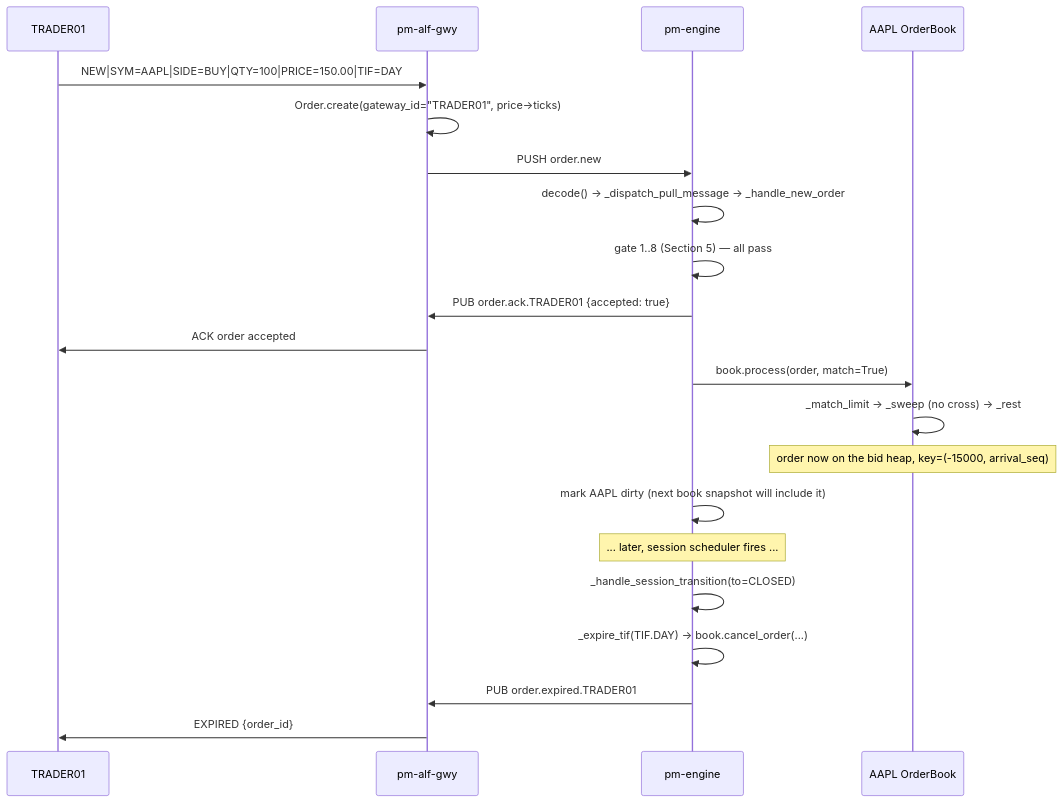
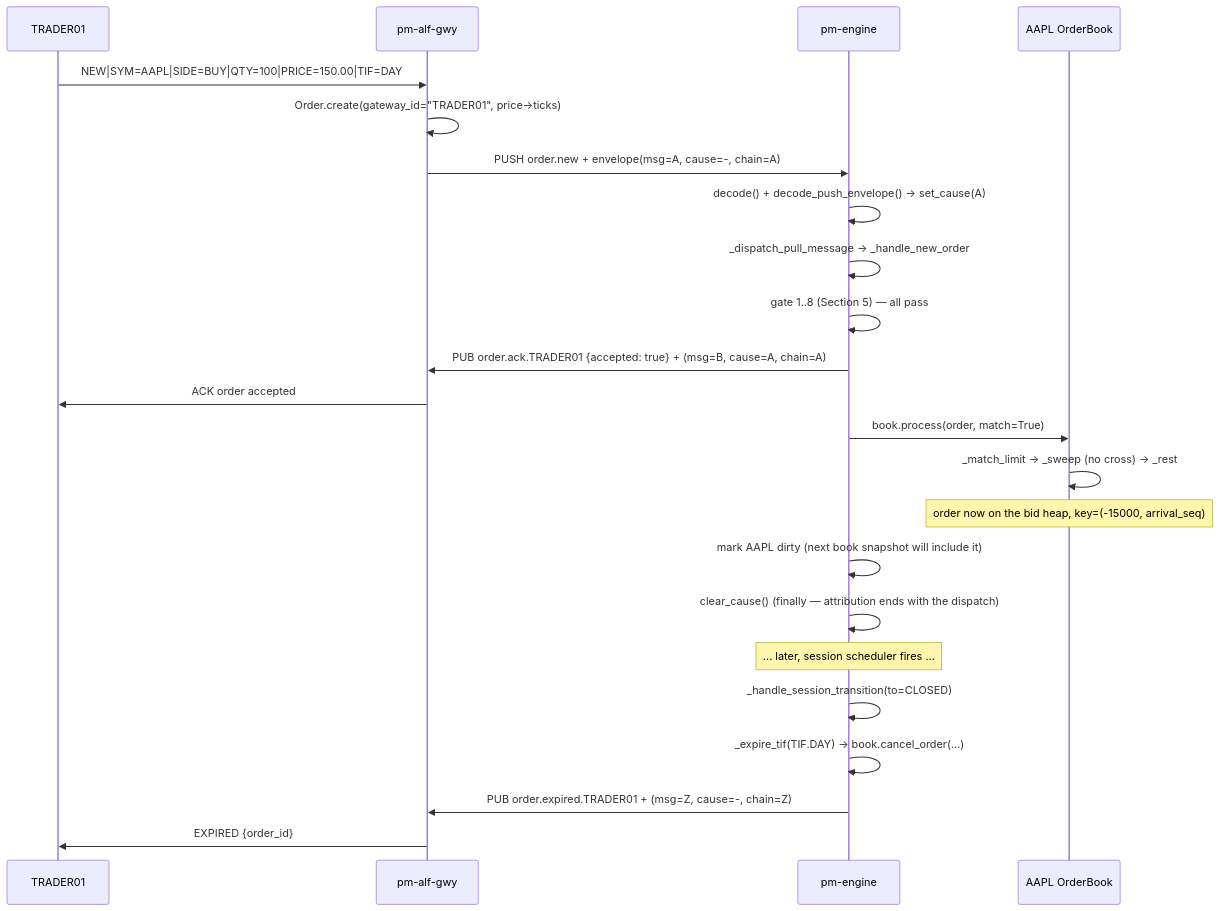
Before and after one commit to johan162/EduMatcher: the seventh of 7 diagrams in docs/developer/09-order-flow-engine.md, drawn with Mermaid. The commit also changed other lines of this file and 26 other files, not shown here.

Commit message:
feat(msg): every message now carries a causal envelope to have full deterministic accountability on what caused each event

````diff
--- a/docs/developer/09-order-flow-engine.md
+++ b/docs/developer/09-order-flow-engine.md
@@ -717,25 +817,28 @@
 ```mermaid
 sequenceDiagram
     participant T as TRADER01
     participant GW as pm-alf-gwy
     participant E as pm-engine
     participant B as AAPL OrderBook
 
     T->>GW: NEW|SYM=AAPL|SIDE=BUY|QTY=100|PRICE=150.00|TIF=DAY
     GW->>GW: Order.create(gateway_id="TRADER01", price->ticks)
-    GW->>E: PUSH  order.new
-    E->>E: decode() -> _dispatch_pull_message -> _handle_new_order
+    GW->>E: PUSH  order.new  + envelope(msg=A, cause=-, chain=A)
+    E->>E: decode() + decode_push_envelope() -> set_cause(A)
+    E->>E: _dispatch_pull_message -> _handle_new_order
     E->>E: gate 1..8 (Section 5) — all pass
-    E->>GW: PUB  order.ack.TRADER01  {accepted: true}
+    E->>GW: PUB  order.ack.TRADER01  {accepted: true}  + (msg=B, cause=A, chain=A)
     GW->>T: ACK  order accepted
     E->>B: book.process(order, match=True)
     B->>B: _match_limit -> _sweep (no cross) -> _rest
     Note over B: order now on the bid heap, key=(-15000, arrival_seq)
     E->>E: mark AAPL dirty (next book snapshot will include it)
 
+    E->>E: clear_cause()  (finally — attribution ends with the dispatch)
+
     Note over E: ... later, session scheduler fires ...
     E->>E: _handle_session_transition(to=CLOSED)
     E->>E: _expire_tif(TIF.DAY) -> book.cancel_order(...)
-    E->>GW: PUB  order.expired.TRADER01
+    E->>GW: PUB  order.expired.TRADER01  + (msg=Z, cause=-, chain=Z)
     GW->>T: EXPIRED  {order_id}
 ```
````
